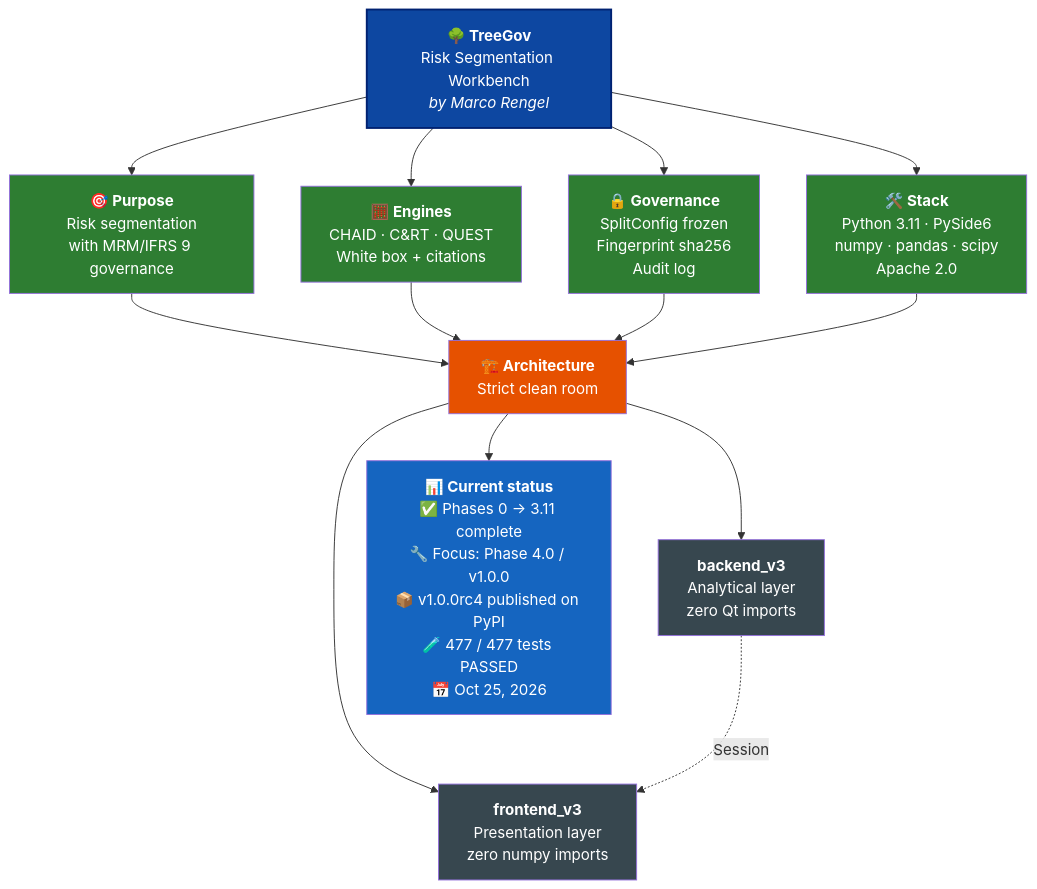
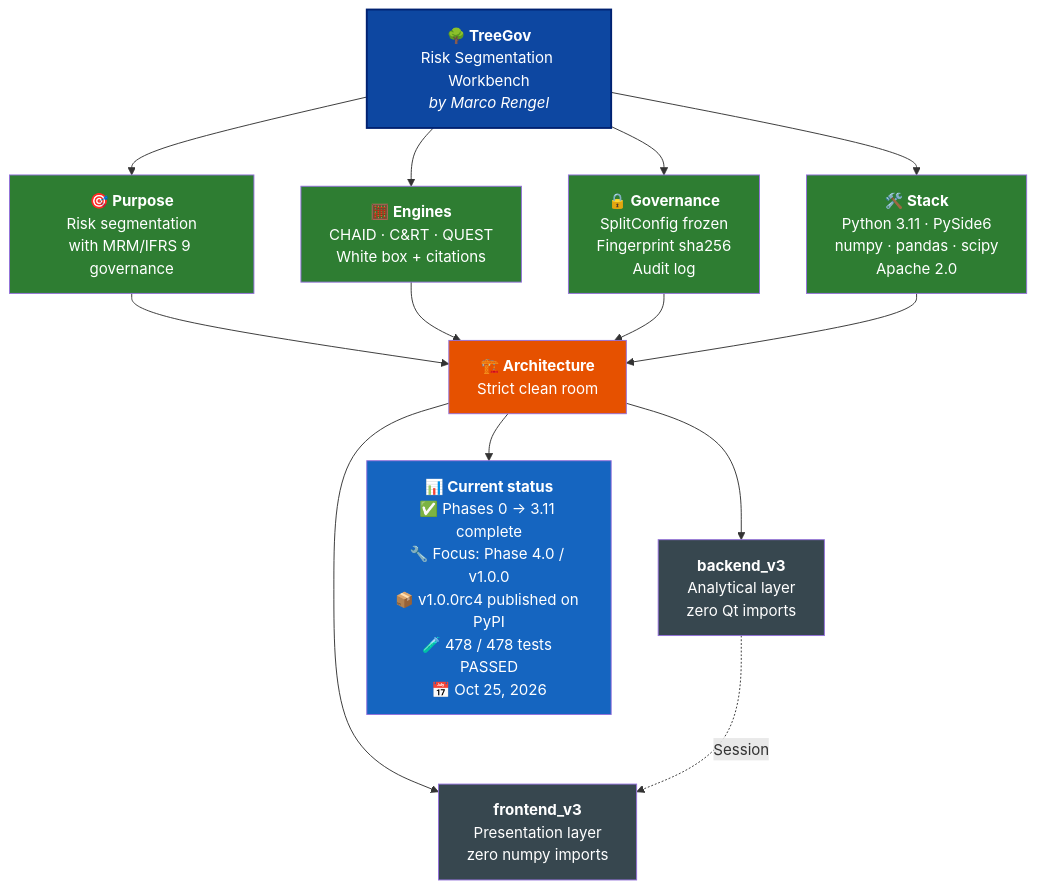
Before and after one commit to Marco-Rengel/treegov: the diagram in README.md, drawn with Mermaid. The commit also changed other lines of this file and 7 other files, not shown here.

````diff
--- a/README.md
+++ b/README.md
@@ -38,31 +38,31 @@
 ```mermaid
 flowchart TB
     TG["<b>🌳 TreeGov</b><br/>Risk Segmentation Workbench<br/><i>by Marco Rengel</i>"]
 
     TG --> P["<b>🎯 Purpose</b><br/>Risk segmentation<br/>with MRM/IFRS 9 governance"]
     TG --> M["<b>🧮 Engines</b><br/>CHAID · C&RT · QUEST<br/>White box + citations"]
     TG --> G["<b>🔒 Governance</b><br/>SplitConfig frozen<br/>Fingerprint sha256<br/>Audit log"]
     TG --> S["<b>🛠️ Stack</b><br/>Python 3.11 · PySide6<br/>numpy · pandas · scipy<br/>Apache 2.0"]
 
     P --> ARQ["<b>🏗️ Architecture</b><br/>Strict clean room"]
     M --> ARQ
     G --> ARQ
     S --> ARQ
 
     ARQ --> BE["<b>backend_v3</b><br/>Analytical layer<br/>zero Qt imports"]
     ARQ --> FE["<b>frontend_v3</b><br/>Presentation layer<br/>zero numpy imports"]
 
     BE -.->|Session| FE
 
-    ARQ --> ST["<b>📊 Current status</b><br/>✅ Phases 0 → 3.11 complete<br/>🔧 Focus: Phase 4.0 / v1.0.0<br/>📦 v1.0.0rc4 published on PyPI<br/>🧪 477 / 477 tests PASSED<br/>📅 Oct 25, 2026"]
+    ARQ --> ST["<b>📊 Current status</b><br/>✅ Phases 0 → 3.11 complete<br/>🔧 Focus: Phase 4.0 / v1.0.0<br/>📦 v1.0.0rc4 published on PyPI<br/>🧪 478 / 478 tests PASSED<br/>📅 Oct 25, 2026"]
 
     style TG fill:#0D47A1,color:#fff,stroke:#002171,stroke-width:2px
     style P fill:#2E7D32,color:#fff
     style M fill:#2E7D32,color:#fff
     style G fill:#2E7D32,color:#fff
     style S fill:#2E7D32,color:#fff
     style ARQ fill:#E65100,color:#fff
     style BE fill:#37474F,color:#fff
     style FE fill:#37474F,color:#fff
     style ST fill:#1565C0,color:#fff
 ```
````
